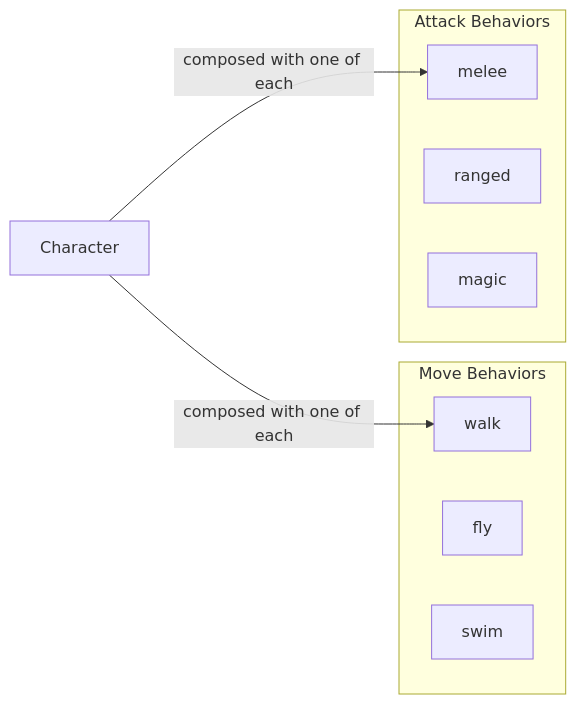
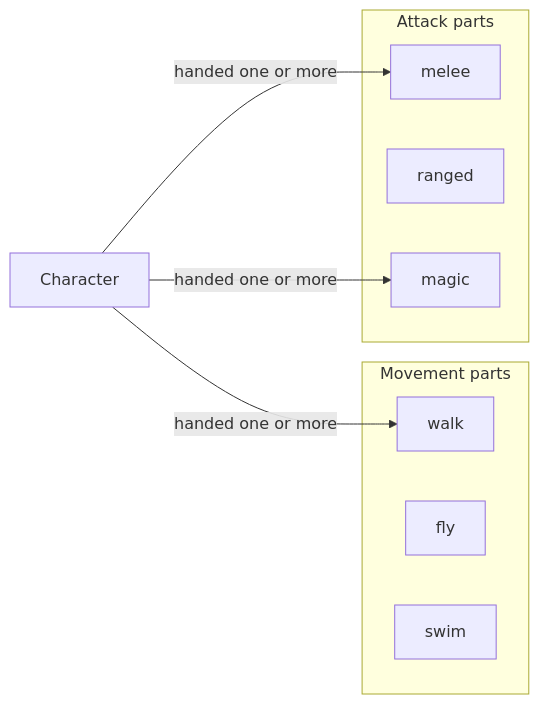
The second of 3 diagrams in src/content/software-design/oop-design-trade-offs/L2-concept.mdx (francoandreDev/knowledge), drawn with Mermaid before and after one commit. The commit also changed other lines of this file and 16 other files, not shown here.

````diff
--- a/src/content/software-design/oop-design-trade-offs/L2-concept.mdx
+++ b/src/content/software-design/oop-design-trade-offs/L2-concept.mdx
@@ -67,15 +66,16 @@
 ```mermaid
 flowchart LR
-    subgraph Move Behaviors
+    subgraph Move["Movement parts"]
         M1[walk]
         M2[fly]
         M3[swim]
     end
-    subgraph Attack Behaviors
+    subgraph Attack["Attack parts"]
         A1[melee]
         A2[ranged]
         A3[magic]
     end
-    C[Character] -->|composed with one of each| M1
-    C -->|composed with one of each| A1
+    C[Character] -->|"handed one or more"| M1
+    C -->|"handed one or more"| A1
+    C -->|"handed one or more"| A3
 ```
````
